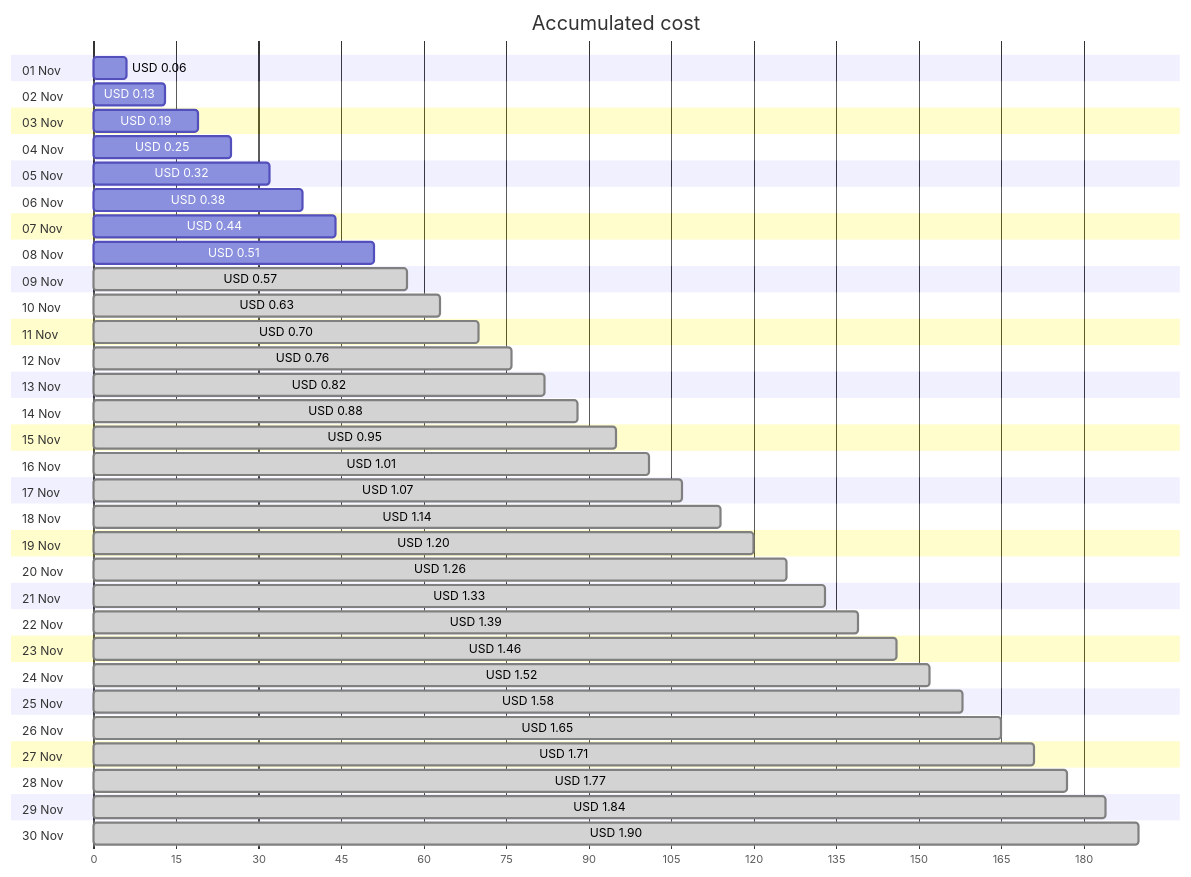
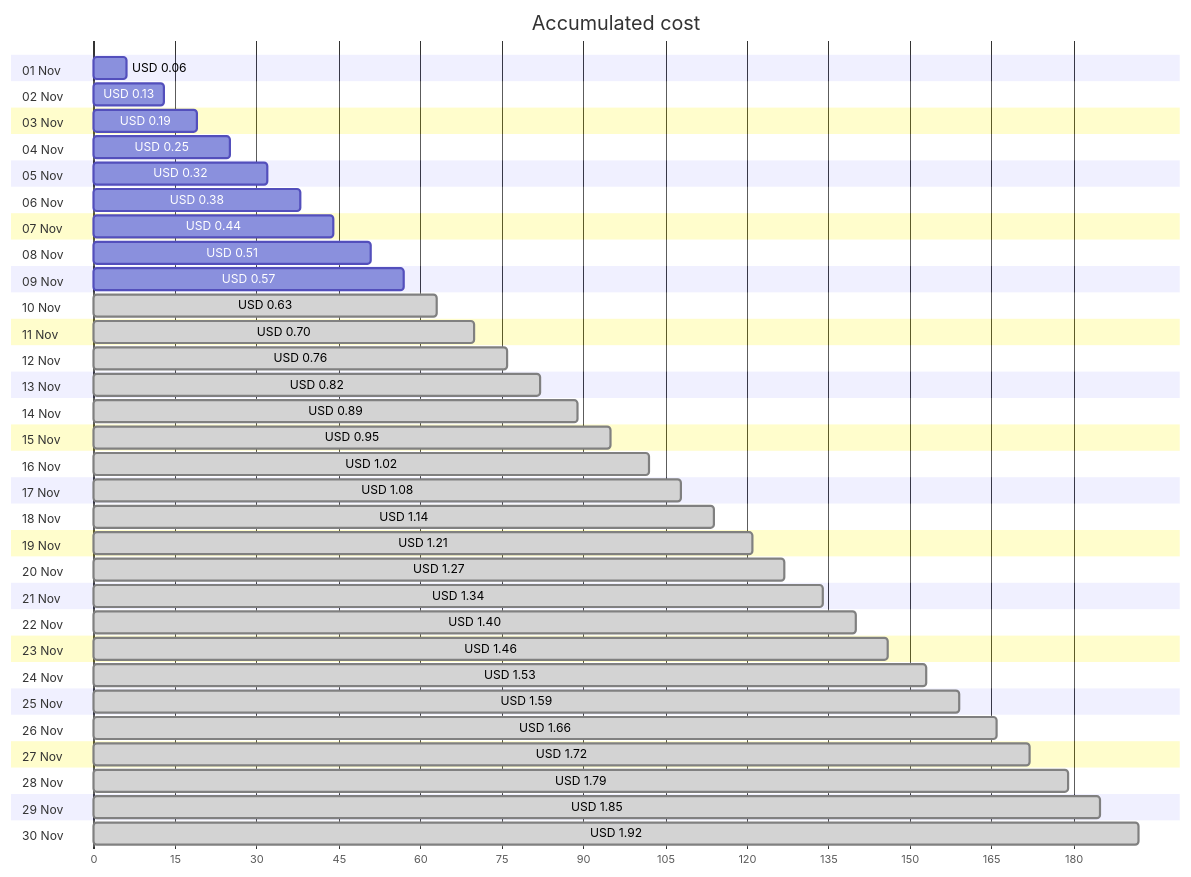
Before and after one commit to jpfulton/azure-personal-reports: the first of 4 diagrams in cost-reports/personal-network/vpn-server_OsDisk.md, drawn with Mermaid. The commit also changed other lines of this file and 8 other files, not shown here.

````diff
--- a/cost-reports/personal-network/vpn-server_OsDisk.md
+++ b/cost-reports/personal-network/vpn-server_OsDisk.md
@@ -20,66 +20,66 @@
 ```mermaid
 gantt
    title Accumulated cost
    dateFormat  X
    axisFormat %s
    section 01 Nov
    USD 0.06 :0, 6
    section 02 Nov
    USD 0.13 :0, 13
    section 03 Nov
    USD 0.19 :0, 19
    section 04 Nov
    USD 0.25 :0, 25
    section 05 Nov
    USD 0.32 :0, 32
    section 06 Nov
    USD 0.38 :0, 38
    section 07 Nov
    USD 0.44 :0, 44
    section 08 Nov
    USD 0.51 :0, 51
    section 09 Nov
-   USD 0.57 : done, 0, 57
+   USD 0.57 :0, 57
    section 10 Nov
    USD 0.63 : done, 0, 63
    section 11 Nov
    USD 0.70 : done, 0, 70
    section 12 Nov
    USD 0.76 : done, 0, 76
    section 13 Nov
    USD 0.82 : done, 0, 82
    section 14 Nov
-   USD 0.88 : done, 0, 88
+   USD 0.89 : done, 0, 89
    section 15 Nov
    USD 0.95 : done, 0, 95
    section 16 Nov
-   USD 1.01 : done, 0, 101
+   USD 1.02 : done, 0, 102
    section 17 Nov
-   USD 1.07 : done, 0, 107
+   USD 1.08 : done, 0, 108
    section 18 Nov
    USD 1.14 : done, 0, 114
    section 19 Nov
-   USD 1.20 : done, 0, 120
+   USD 1.21 : done, 0, 121
    section 20 Nov
-   USD 1.26 : done, 0, 126
+   USD 1.27 : done, 0, 127
    section 21 Nov
-   USD 1.33 : done, 0, 133
+   USD 1.34 : done, 0, 134
    section 22 Nov
-   USD 1.39 : done, 0, 139
+   USD 1.40 : done, 0, 140
    section 23 Nov
    USD 1.46 : done, 0, 146
    section 24 Nov
-   USD 1.52 : done, 0, 152
+   USD 1.53 : done, 0, 153
    section 25 Nov
-   USD 1.58 : done, 0, 158
+   USD 1.59 : done, 0, 159
    section 26 Nov
-   USD 1.65 : done, 0, 165
+   USD 1.66 : done, 0, 166
    section 27 Nov
-   USD 1.71 : done, 0, 171
+   USD 1.72 : done, 0, 172
    section 28 Nov
-   USD 1.77 : done, 0, 177
+   USD 1.79 : done, 0, 179
    section 29 Nov
-   USD 1.84 : done, 0, 184
+   USD 1.85 : done, 0, 185
    section 30 Nov
-   USD 1.90 : done, 0, 190
+   USD 1.92 : done, 0, 192
 ```
````
